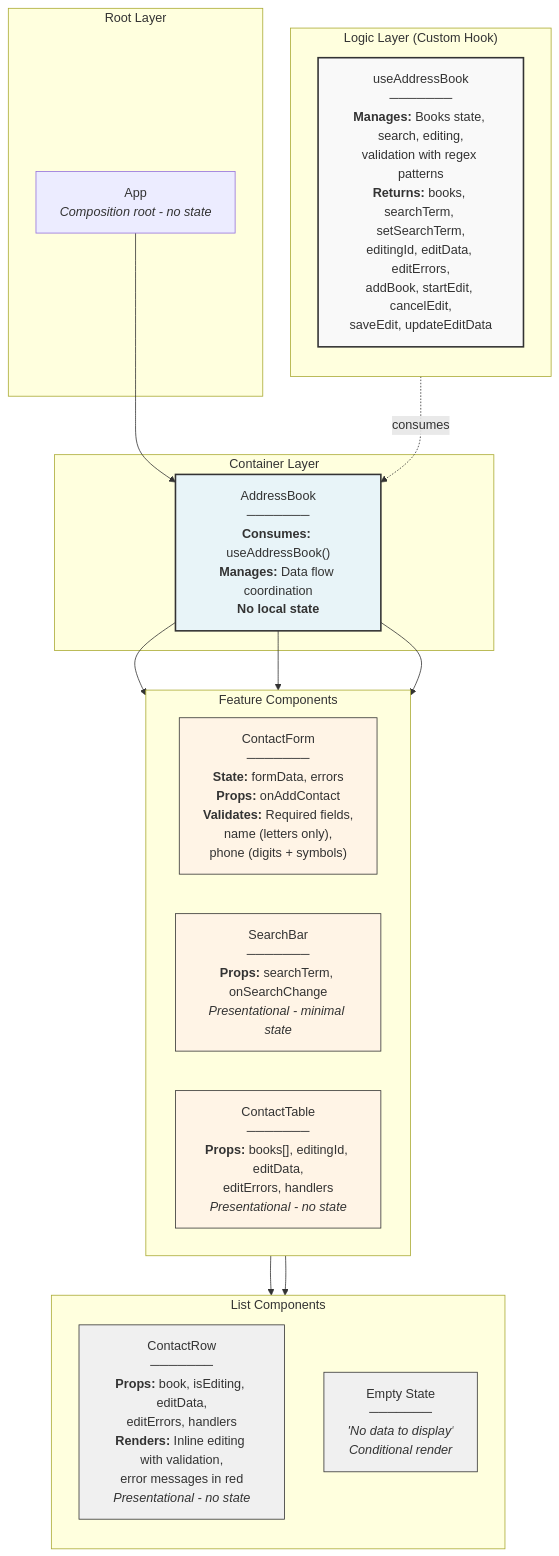
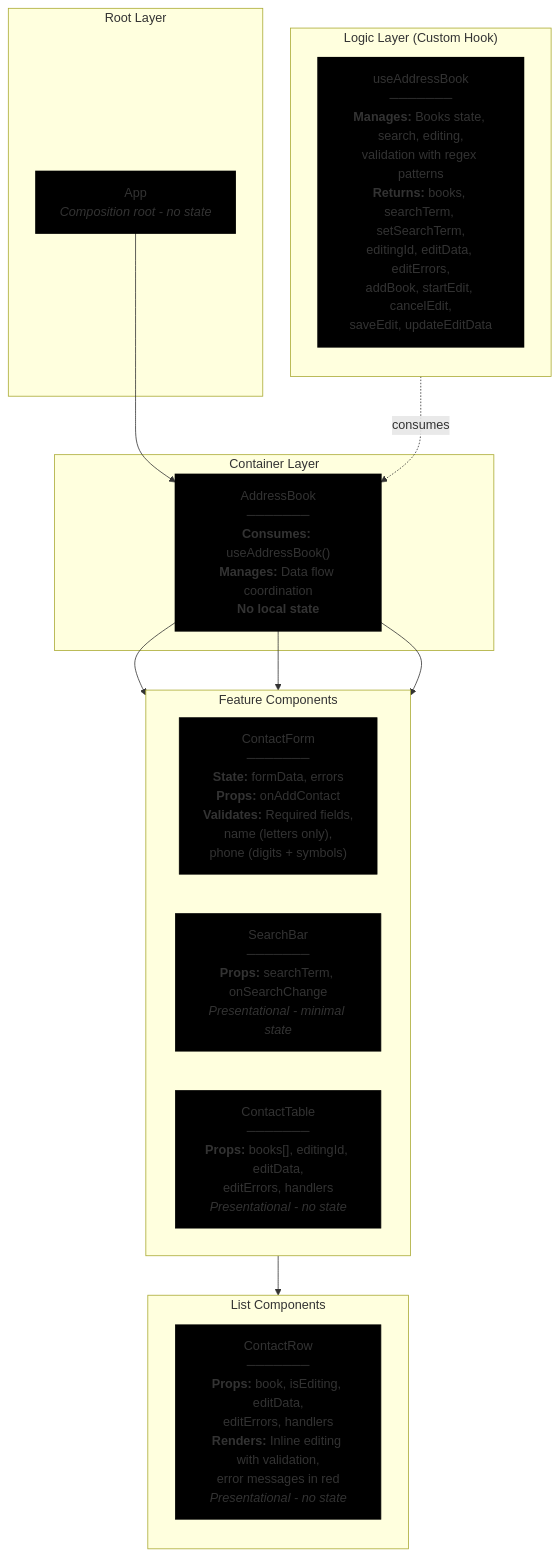
One commit to tosentai/react_test changed the diagram in README.md. Above: the diagram before and after it, drawn with Mermaid.

Commit message:
docs: change diagram color

````diff
--- a/README.md
+++ b/README.md
@@ -3,47 +3,45 @@
 ```mermaid
     graph TB;
     subgraph L1["Logic Layer (Custom Hook)"]
         direction TB
         H1["useAddressBook<br/>───────<br/><b>Manages:</b> Books state, search, editing,<br/>validation with regex patterns<br/><b>Returns:</b> books, searchTerm, setSearchTerm,<br/>editingId, editData, editErrors,<br/>addBook, startEdit, cancelEdit,<br/>saveEdit, updateEditData"]
     end
 
     subgraph L2["Root Layer"]
         App["App<br/><i>Composition root - no state</i>"]
     end
 
     subgraph L3["Container Layer"]
         AddressBook["AddressBook<br/>───────<br/><b>Consumes:</b> useAddressBook()<br/><b>Manages:</b> Data flow coordination<br/><b>No local state</b>"]
     end
 
     subgraph L4["Feature Components"]
         direction LR
         F1["ContactForm<br/>───────<br/><b>State:</b> formData, errors<br/><b>Props:</b> onAddContact<br/><b>Validates:</b> Required fields,<br/>name (letters only),<br/>phone (digits + symbols)"]
         F2["SearchBar<br/>───────<br/><b>Props:</b> searchTerm, onSearchChange<br/><i>Presentational - minimal state</i>"]
         F3["ContactTable<br/>───────<br/><b>Props:</b> books[], editingId, editData,<br/>editErrors, handlers<br/><i>Presentational - no state</i>"]
     end
 
     subgraph L5["List Components"]
         direction TB
         ContactRow["ContactRow<br/>───────<br/><b>Props:</b> book, isEditing, editData,<br/>editErrors, handlers<br/><b>Renders:</b> Inline editing with validation,<br/>error messages in red<br/><i>Presentational - no state</i>"]
-        EmptyState["Empty State<br/>───────<br/><i>'No data to display'</i><br/><i>Conditional render</i>"]
     end
 
     H1 -.->|consumes| AddressBook
 
     App --> AddressBook
     AddressBook --> F1
     AddressBook --> F2
     AddressBook --> F3
 
     F3 --> ContactRow
-    F3 --> EmptyState
 
-    style H1 fill:#f9f9f9,stroke:#333,stroke-width:2px
-    style AddressBook fill:#e8f4f8,stroke:#333,stroke-width:2px
-    style F1 fill:#fff4e6,stroke:#333,stroke-width:1px
-    style F2 fill:#fff4e6,stroke:#333,stroke-width:1px
-    style F3 fill:#fff4e6,stroke:#333,stroke-width:1px
-    style ContactRow fill:#f0f0f0,stroke:#333,stroke-width:1px
-    style EmptyState fill:#f0f0f0,stroke:#333,stroke-width:1px
+    style H1 fill:#000,stroke:#000,stroke-width:2px
+    style App fill:#000,stroke:#000,stroke-width:2px
+    style AddressBook fill:#000,stroke:#000,stroke-width:2px
+    style F1 fill:#000,stroke:#000,stroke-width:1px
+    style F2 fill:#000,stroke:#000,stroke-width:1px
+    style F3 fill:#000,stroke:#000,stroke-width:1px
+    style ContactRow fill:#000,stroke:#000,stroke-width:1px
 
 ```
````
